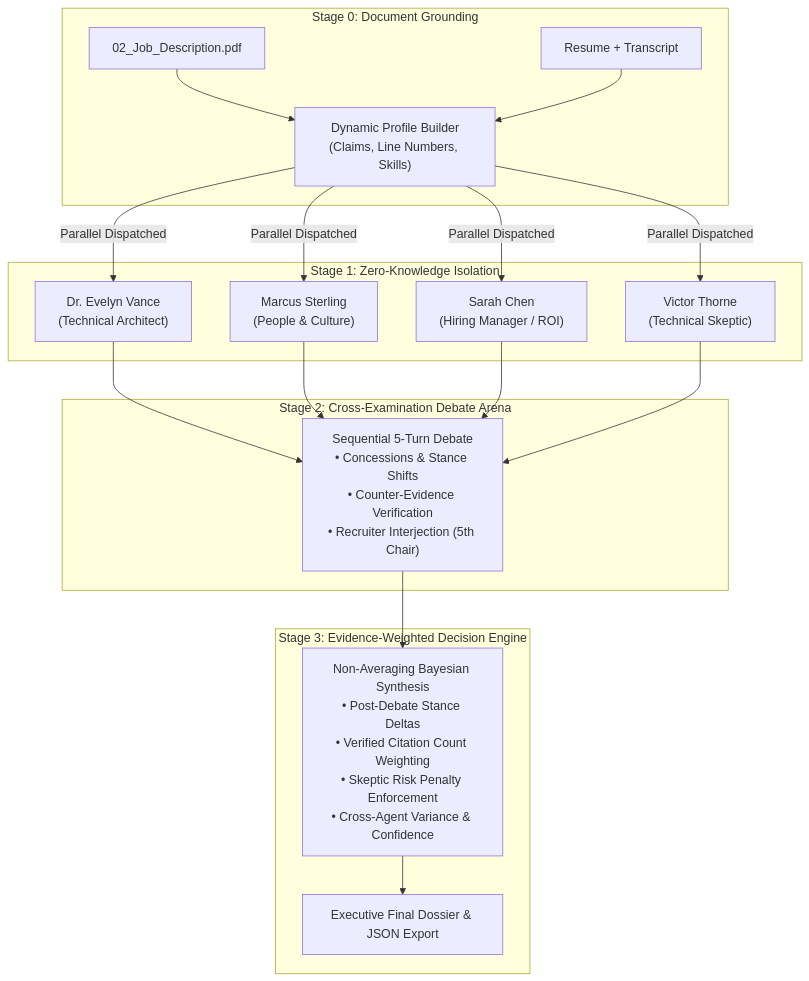
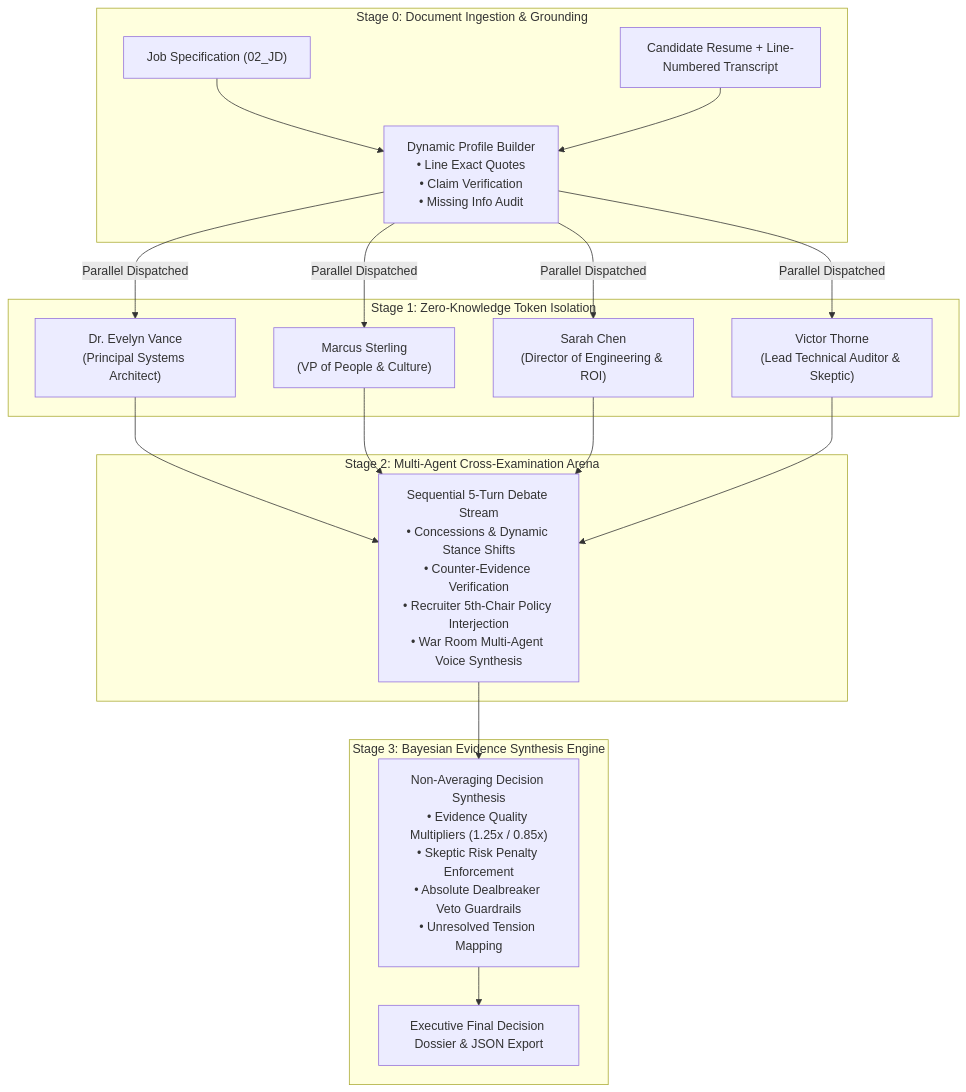
The diagram in README.md (anuj-71/Quorum), drawn with Mermaid before and after one commit. The commit also changed other lines of this file, not shown here.

Commit message:
docs: Update README with comprehensive architecture, design system, and setup guide

````diff
--- a/README.md
+++ b/README.md
@@ -18,32 +30,32 @@
 ```mermaid
 flowchart TD
-    subgraph S0["Stage 0: Document Grounding"]
-        JD["02_Job_Description.pdf"]
-        Docs["Resume + Transcript"]
-        Profile["Dynamic Profile Builder<br/>(Claims, Line Numbers, Skills)"]
+    subgraph S0["Stage 0: Document Ingestion & Grounding"]
+        JD["Job Specification (02_JD)"]
+        RawDocs["Candidate Resume + Line-Numbered Transcript"]
+        Profile["Dynamic Profile Builder<br/>• Line Exact Quotes<br/>• Claim Verification<br/>• Missing Info Audit"]
         JD --> Profile
-        Docs --> Profile
+        RawDocs --> Profile
     end
 
-    subgraph S1["Stage 1: Zero-Knowledge Isolation"]
-        T["Dr. Evelyn Vance<br/>(Technical Architect)"]
-        H["Marcus Sterling<br/>(People & Culture)"]
-        M["Sarah Chen<br/>(Hiring Manager / ROI)"]
-        S["Victor Thorne<br/>(Technical Skeptic)"]
+    subgraph S1["Stage 1: Zero-Knowledge Token Isolation"]
+        T["Dr. Evelyn Vance<br/>(Principal Systems Architect)"]
+        H["Marcus Sterling<br/>(VP of People & Culture)"]
+        M["Sarah Chen<br/>(Director of Engineering & ROI)"]
+        S["Victor Thorne<br/>(Lead Technical Auditor & Skeptic)"]
         Profile -->|Parallel Dispatched| T
         Profile -->|Parallel Dispatched| H
         Profile -->|Parallel Dispatched| M
         Profile -->|Parallel Dispatched| S
     end
 
-    subgraph S2["Stage 2: Cross-Examination Debate Arena"]
-        Arena["Sequential 5-Turn Debate<br/>• Concessions & Stance Shifts<br/>• Counter-Evidence Verification<br/>• Recruiter Interjection (5th Chair)"]
+    subgraph S2["Stage 2: Multi-Agent Cross-Examination Arena"]
+        Arena["Sequential 5-Turn Debate Stream<br/>• Concessions & Dynamic Stance Shifts<br/>• Counter-Evidence Verification<br/>• Recruiter 5th-Chair Policy Interjection<br/>• War Room Multi-Agent Voice Synthesis"]
         T & H & M & S --> Arena
     end
 
-    subgraph S3["Stage 3: Evidence-Weighted Decision Engine"]
-        Engine["Non-Averaging Bayesian Synthesis<br/>• Post-Debate Stance Deltas<br/>• Verified Citation Count Weighting<br/>• Skeptic Risk Penalty Enforcement<br/>• Cross-Agent Variance & Confidence"]
+    subgraph S3["Stage 3: Bayesian Evidence Synthesis Engine"]
+        Engine["Non-Averaging Decision Synthesis<br/>• Evidence Quality Multipliers (1.25x / 0.85x)<br/>• Skeptic Risk Penalty Enforcement<br/>• Absolute Dealbreaker Veto Guardrails<br/>• Unresolved Tension Mapping"]
         Arena --> Engine
-        Engine --> Dossier["Executive Final Dossier & JSON Export"]
+        Engine --> Dossier["Executive Final Decision Dossier & JSON Export"]
     end
 ```
````
